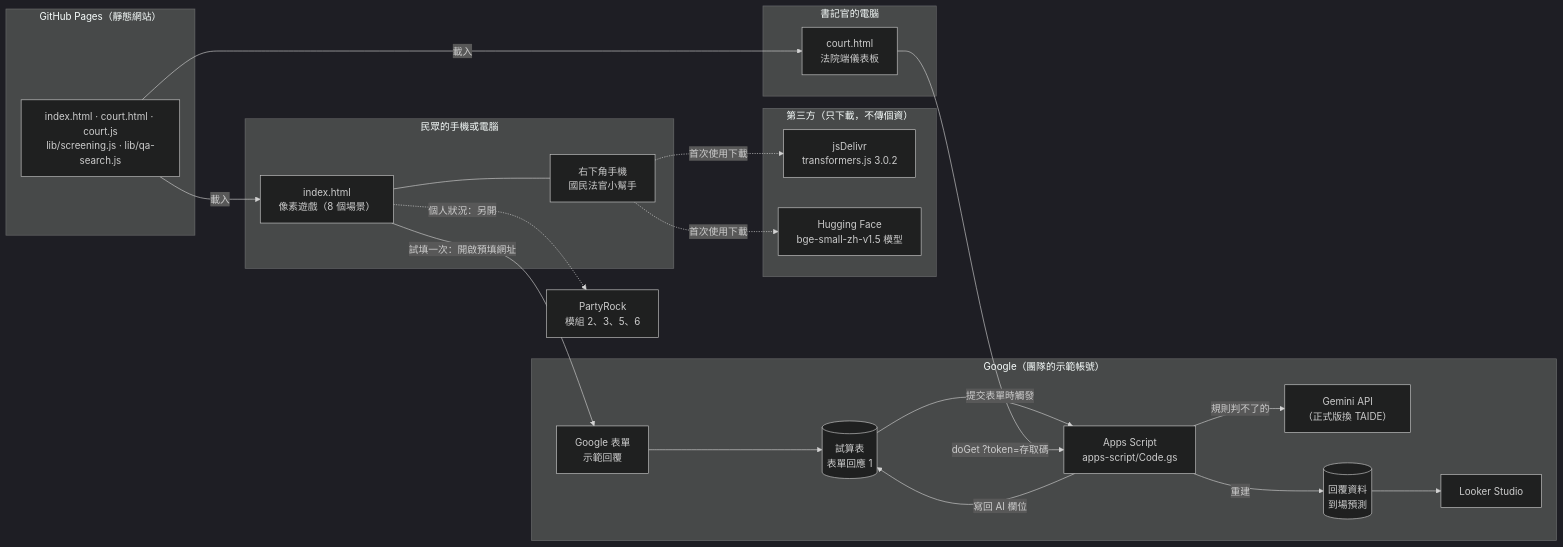
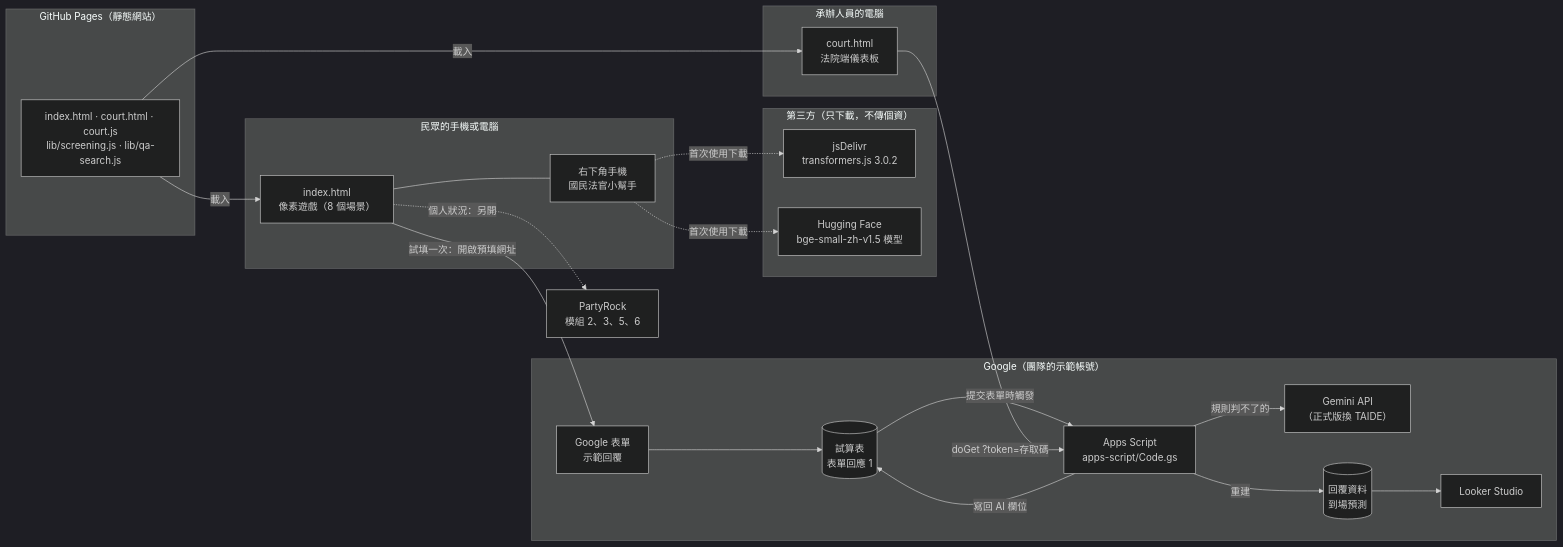
Before and after one commit to ammieliu-jpg/juror-preview: the first of 6 diagrams in docs/ARCHITECTURE.md, drawn with Mermaid (dark theme). The commit also changed other lines of this file and 16 other files, not shown here.

````diff
--- a/docs/ARCHITECTURE.md
+++ b/docs/ARCHITECTURE.md
@@ -13,46 +13,46 @@
 ```mermaid
 flowchart LR
   subgraph 民眾的手機或電腦
     G["index.html<br/>像素遊戲（8 個場景）"]
     P["右下角手機<br/>國民法官小幫手"]
     G --- P
   end
 
   subgraph "GitHub Pages（靜態網站）"
     GH["index.html · court.html · court.js<br/>lib/screening.js · lib/qa-search.js"]
   end
 
   subgraph "第三方（只下載，不傳個資）"
     CDN["jsDelivr<br/>transformers.js 3.0.2"]
     HF["Hugging Face<br/>bge-small-zh-v1.5 模型"]
   end
 
   subgraph "Google（團隊的示範帳號）"
     F["Google 表單<br/>示範回覆"]
     SH[("試算表<br/>表單回應 1")]
     AS["Apps Script<br/>apps-script/Code.gs"]
     GM["Gemini API<br/>（正式版換 TAIDE）"]
     DB[("回覆資料<br/>到場預測")]
     LS["Looker Studio"]
   end
 
-  subgraph 書記官的電腦
+  subgraph 承辦人員的電腦
     C["court.html<br/>法院端儀表板"]
   end
 
   PR["PartyRock<br/>模組 2、3、5、6"]
 
   GH -->|載入| G
   GH -->|載入| C
   P -.->|首次使用下載| CDN
   P -.->|首次使用下載| HF
   G -->|試填一次：開啟預填網址| F
   G -.->|個人狀況：另開| PR
   F --> SH
   SH -->|提交表單時觸發| AS
   AS -->|規則判不了的| GM
   AS -->|寫回 AI 欄位| SH
   AS -->|重建| DB
   DB --> LS
   C -->|"doGet ?token=存取碼"| AS
 ```
````
